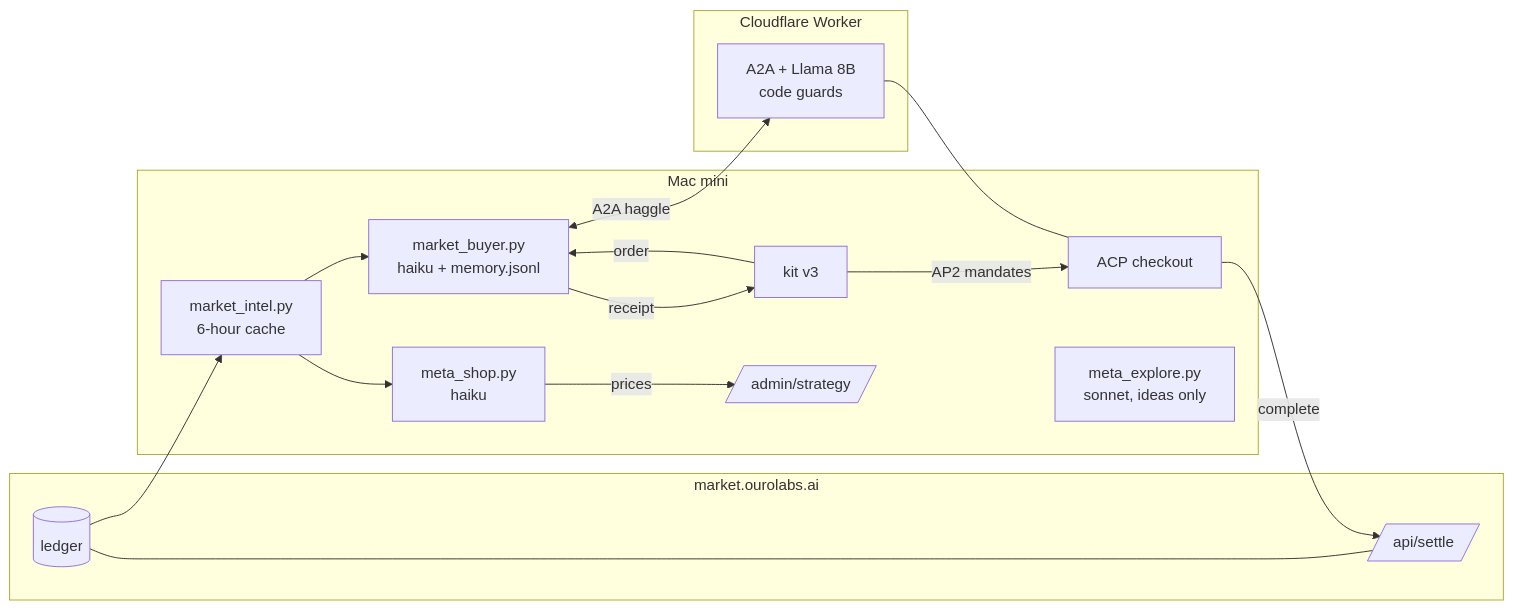
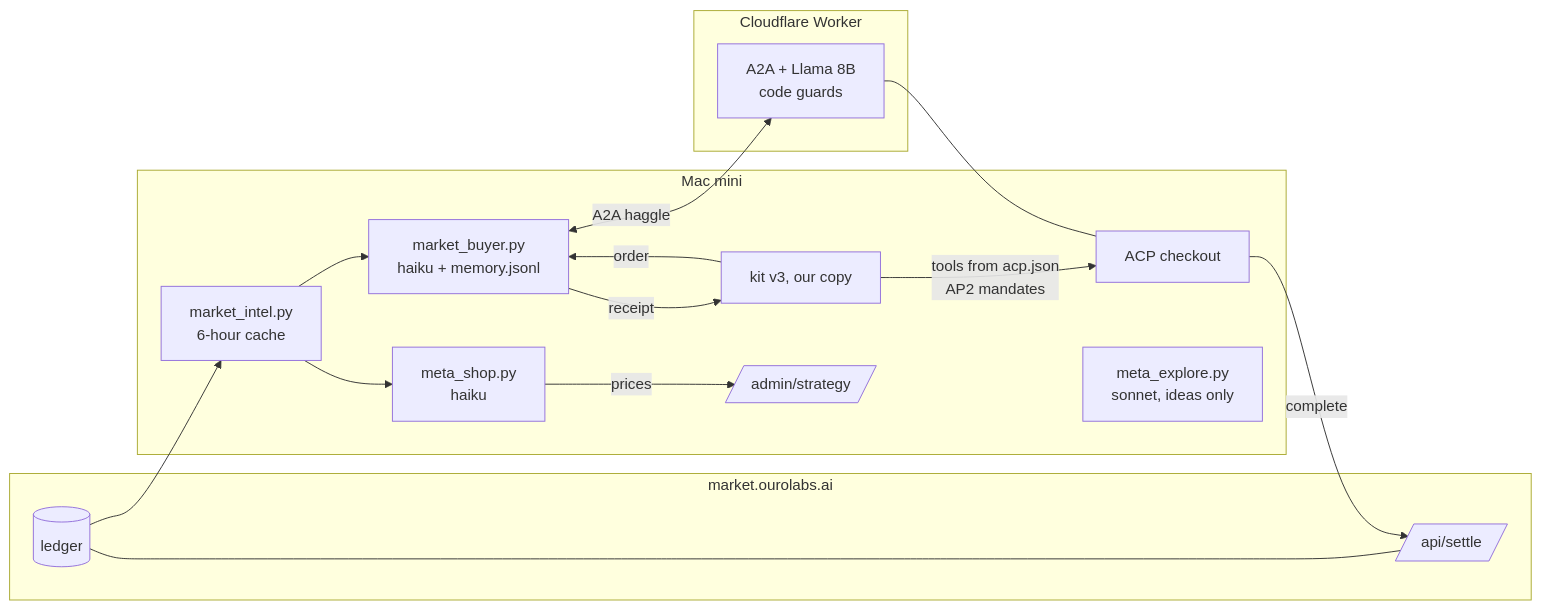
The diagram in submissions/26510126/week-08/REPORT.md (thisjonghoon/ai-agent-engineering-101), drawn with Mermaid before and after one commit. The commit also changed other lines of this file, not shown here.

First line of the commit message:
week-08: REPORT covers the acp.json tool buyer (tools, checks, fallback, how it was made, review fix)

````diff
--- a/submissions/26510126/week-08/REPORT.md
+++ b/submissions/26510126/week-08/REPORT.md
@@ -54,21 +72,21 @@
 ```mermaid
 flowchart LR
   subgraph Market[market.ourolabs.ai]
     L[(ledger)] --- S[/api/settle/]
   end
   subgraph Mini[Mac mini]
-    K[kit v3] -->|order| B[market_buyer.py\nhaiku + memory.jsonl]
+    K[kit v3, our copy] -->|order| B[market_buyer.py\nhaiku + memory.jsonl]
     B -->|receipt| K
-    K -->|AP2 mandates| ACP
+    K -->|tools from acp.json\nAP2 mandates| ACP
     M[meta_shop.py\nhaiku] -->|prices| ADM
     I[market_intel.py\n6-hour cache] --> B & M
     E[meta_explore.py\nsonnet, ideas only]
   end
   subgraph CF[Cloudflare Worker]
     A2A[A2A + Llama 8B\ncode guards] --- ACP[ACP checkout]
     ADM[/admin/strategy/]
   end
   B <-->|A2A haggle| A2A
   ACP -->|complete| S
   L --> I
 ```
````
